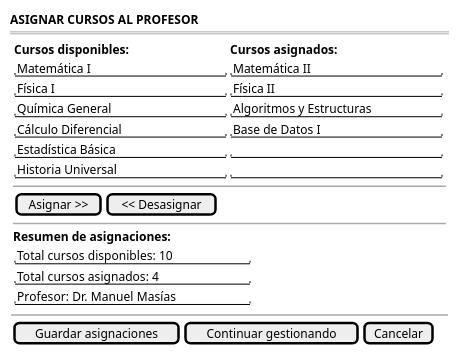
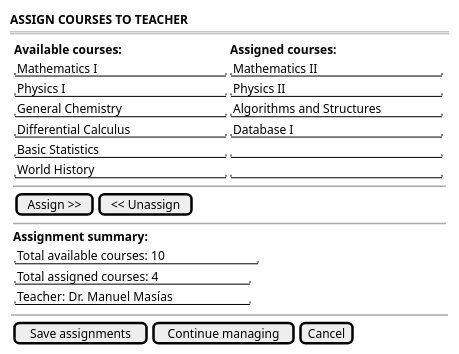
One commit to mmasias/pySigHor changed the diagram in RUP/00-casos-uso/02-detalle/assignTeacherToCourse/wireframes.puml. Above: the diagram before and after it, drawn with PlantUML. The commit also changed 212 other files, not shown here.

```diff
--- a/RUP/00-casos-uso/02-detalle/assignTeacherToCourse/wireframes.puml
+++ b/RUP/00-casos-uso/02-detalle/assignTeacherToCourse/wireframes.puml
@@ -1,38 +1,38 @@
-@startsalt asignarProfesorACurso-wireframe
+@startsalt assignTeacherToCourse-wireframe
 {
-    <b>ASIGNAR CURSOS AL PROFESOR</b>
+    <b>ASSIGN COURSES TO TEACHER</b>
     ===
     {
         {
         {
             {
-            <b>Cursos disponibles:</b>|<b>Cursos asignados:</b>
-            "Matemática I              "|"Matemática II             " 
-            "Física I                  "|"Física II                 "
-            "Química General           "|"Algoritmos y Estructuras  "
-            "Cálculo Diferencial       "|"Base de Datos I           "
-            "Estadística Básica        "|"                          "
-            "Historia Universal        "|"                          "
+            <b>Available courses:</b>|<b>Assigned courses:</b>
+            "Mathematics I             "|"Mathematics II            " 
+            "Physics I                 "|"Physics II                "
+            "General Chemistry         "|"Algorithms and Structures "
+            "Differential Calculus     "|"Database I                "
+            "Basic Statistics          "|"                          "
+            "World History             "|"                          "
         }
         
         ~~
         
-        {[Asignar >>] | [<< Desasignar]}
+        {[Assign >>] | [<< Unassign]}
         
         ~~
         
-        <b>Resumen de asignaciones:</b>
+        <b>Assignment summary:</b>
         {
-            "Total cursos disponibles: 10 "
-            "Total cursos asignados: 4    "
-            "Profesor: Dr. Manuel Masías  "
+            "Total available courses: 10   "
+            "Total assigned courses: 4    "
+            "Teacher: Dr. Manuel Masías   "
         }
         }
         }
 
         ~~
 
-        {[Guardar asignaciones] | [Continuar gestionando] | [Cancelar]}
+        {[Save assignments] | [Continue managing] | [Cancel]}
     }
 }
 @endsalt
```
